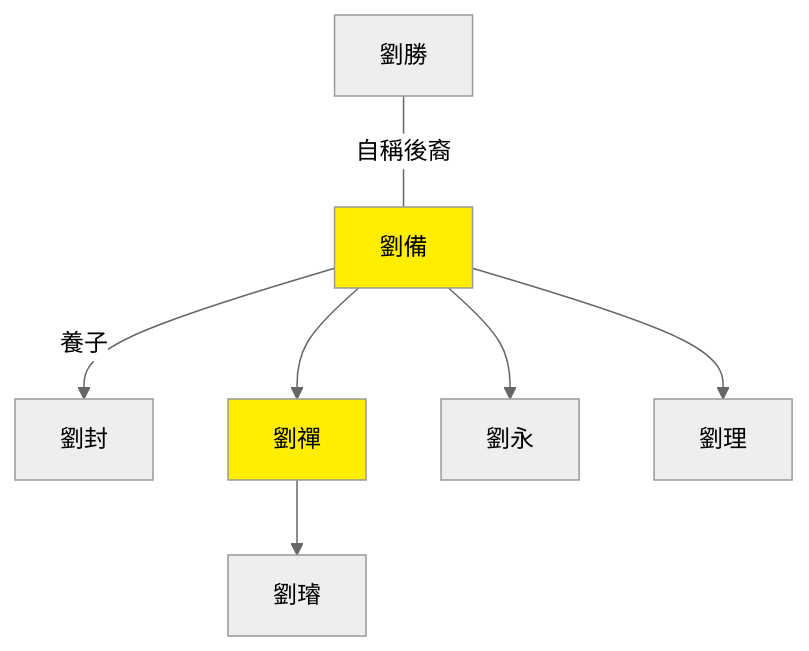
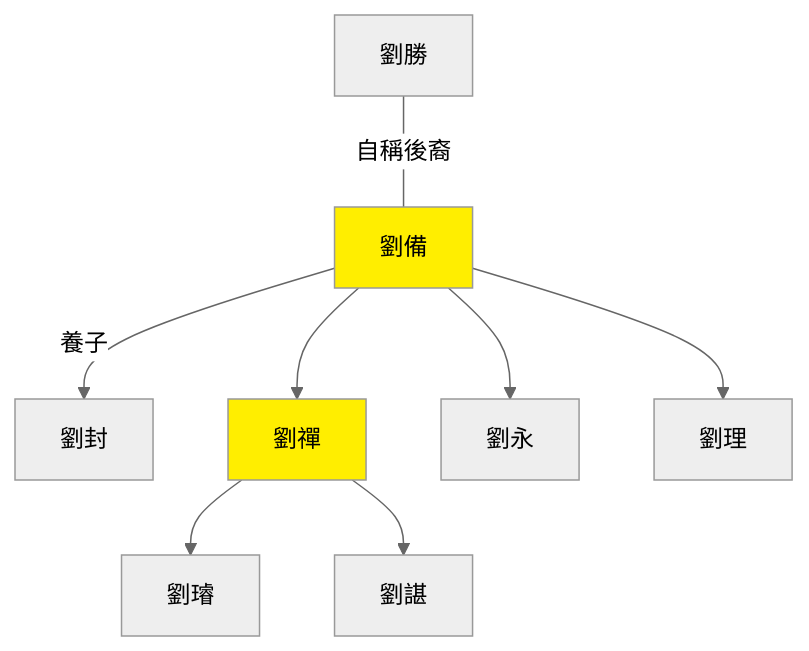
The diagram in 2_世系圖表/2.1_中國/蜀漢世系圖.md (gamefang/zizhitongjian), drawn with Mermaid (neutral theme) before and after one commit. The commit also changed 11 other files, not shown here.

````diff
--- a/2_世系圖表/2.1_中國/蜀漢世系圖.md
+++ b/2_世系圖表/2.1_中國/蜀漢世系圖.md
@@ -14,13 +14,14 @@
 ```mermaid
 graph TB
 
 劉勝--自稱後裔---劉備
 劉備--養子-->劉封
 劉備-->劉禪
 劉備-->劉永
 劉備-->劉理
 劉禪-->劉璿
+劉禪-->劉諶
 
 classDef king fill:#ffee00
 class 劉備,劉禪 king
 ```
````
